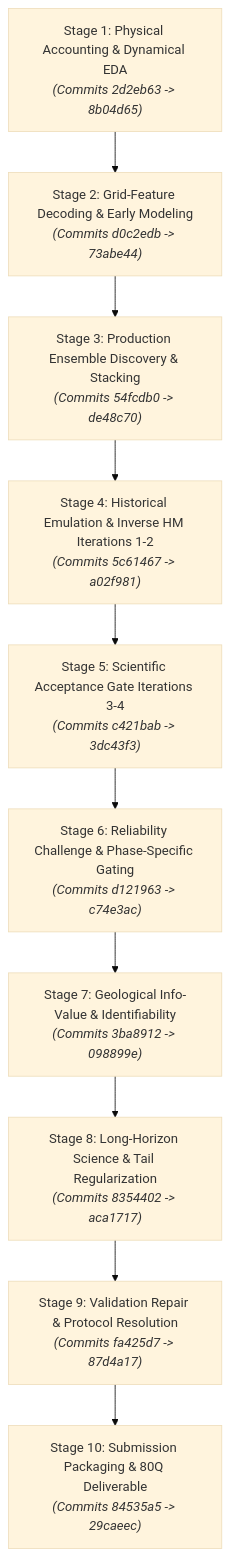
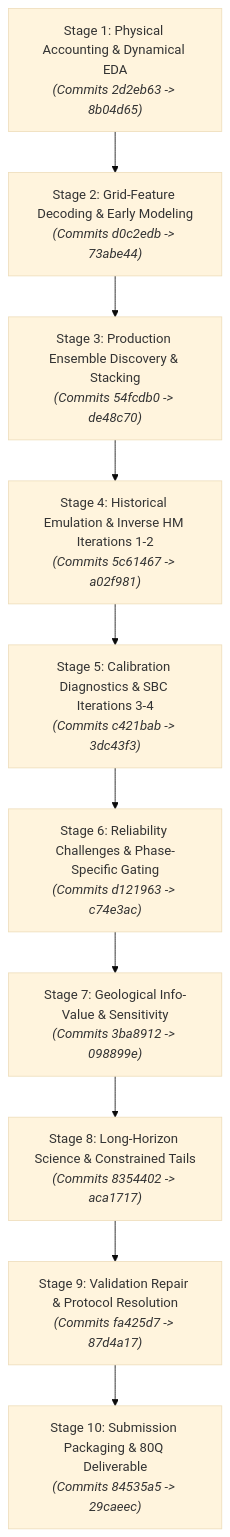
Before and after one commit to tngkuanas/mwap-exdw-surrogate-model: the first of 2 diagrams in PRESENTATION_RESEARCH_HISTORY.md, drawn with Mermaid (base theme). The commit also changed other lines of this file, not shown here.

Commit message:
docs(presentation): correct research history with exact provenance, proper physical bounds, and rigorous calibration framing

````diff
--- a/PRESENTATION_RESEARCH_HISTORY.md
+++ b/PRESENTATION_RESEARCH_HISTORY.md
@@ -18,12 +14,12 @@
 ```mermaid
 flowchart TD
     S1["Stage 1: Physical Accounting & Dynamical EDA<br><i>(Commits 2d2eb63 -> 8b04d65)</i>"] --> S2["Stage 2: Grid-Feature Decoding & Early Modeling<br><i>(Commits d0c2edb -> 73abe44)</i>"]
     S2 --> S3["Stage 3: Production Ensemble Discovery & Stacking<br><i>(Commits 54fcdb0 -> de48c70)</i>"]
     S3 --> S4["Stage 4: Historical Emulation & Inverse HM Iterations 1-2<br><i>(Commits 5c61467 -> a02f981)</i>"]
-    S4 --> S5["Stage 5: Scientific Acceptance Gate Iterations 3-4<br><i>(Commits c421bab -> 3dc43f3)</i>"]
-    S5 --> S6["Stage 6: Reliability Challenge & Phase-Specific Gating<br><i>(Commits d121963 -> c74e3ac)</i>"]
-    S6 --> S7["Stage 7: Geological Info-Value & Identifiability<br><i>(Commits 3ba8912 -> 098899e)</i>"]
-    S7 --> S8["Stage 8: Long-Horizon Science & Tail Regularization<br><i>(Commits 8354402 -> aca1717)</i>"]
+    S4 --> S5["Stage 5: Calibration Diagnostics & SBC Iterations 3-4<br><i>(Commits c421bab -> 3dc43f3)</i>"]
+    S5 --> S6["Stage 6: Reliability Challenges & Phase-Specific Gating<br><i>(Commits d121963 -> c74e3ac)</i>"]
+    S6 --> S7["Stage 7: Geological Info-Value & Sensitivity<br><i>(Commits 3ba8912 -> 098899e)</i>"]
+    S7 --> S8["Stage 8: Long-Horizon Science & Constrained Tails<br><i>(Commits 8354402 -> aca1717)</i>"]
     S8 --> S9["Stage 9: Validation Repair & Protocol Resolution<br><i>(Commits fa425d7 -> 87d4a17)</i>"]
     S9 --> S10["Stage 10: Submission Packaging & 80Q Deliverable<br><i>(Commits 84535a5 -> 29caeec)</i>"]
 ```
````
